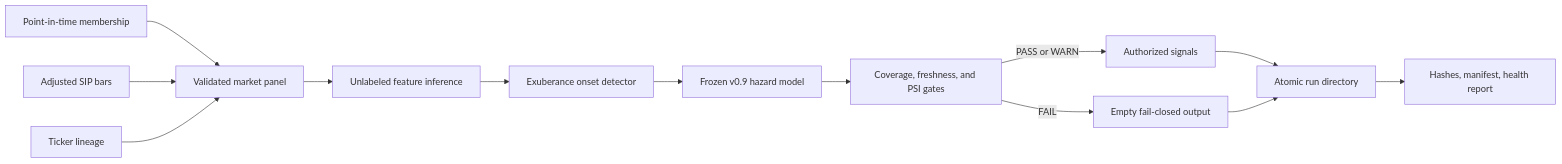
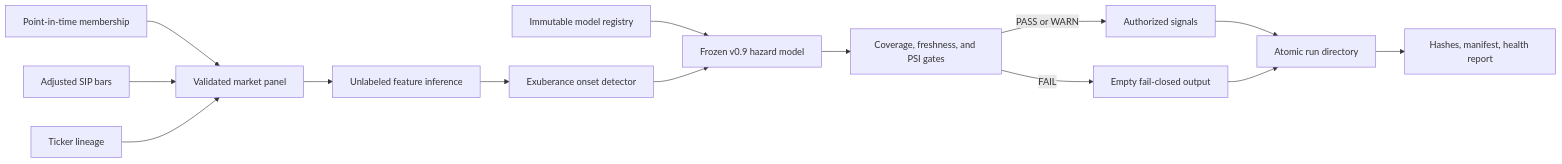
One commit to agalkova/point-in-time-equity-risk changed the diagram in docs/PRODUCTION_RISK_PIPELINE.md. Above: the diagram before and after it, drawn with Mermaid. The commit also changed other lines of this file and 4 other files, not shown here.

````diff
--- a/docs/PRODUCTION_RISK_PIPELINE.md
+++ b/docs/PRODUCTION_RISK_PIPELINE.md
@@ -11,15 +11,16 @@
 ```mermaid
 flowchart LR
     A[Point-in-time membership] --> D[Validated market panel]
     B[Adjusted SIP bars] --> D
     C[Ticker lineage] --> D
     D --> E[Unlabeled feature inference]
     E --> F[Exuberance onset detector]
-    F --> G[Frozen v0.9 hazard model]
+    M[Immutable model registry] --> G[Frozen v0.9 hazard model]
+    F --> G
     G --> H[Coverage, freshness, and PSI gates]
     H -->|PASS or WARN| I[Authorized signals]
     H -->|FAIL| J[Empty fail-closed output]
     I --> K[Atomic run directory]
     J --> K
     K --> L[Hashes, manifest, health report]
 ```
````
